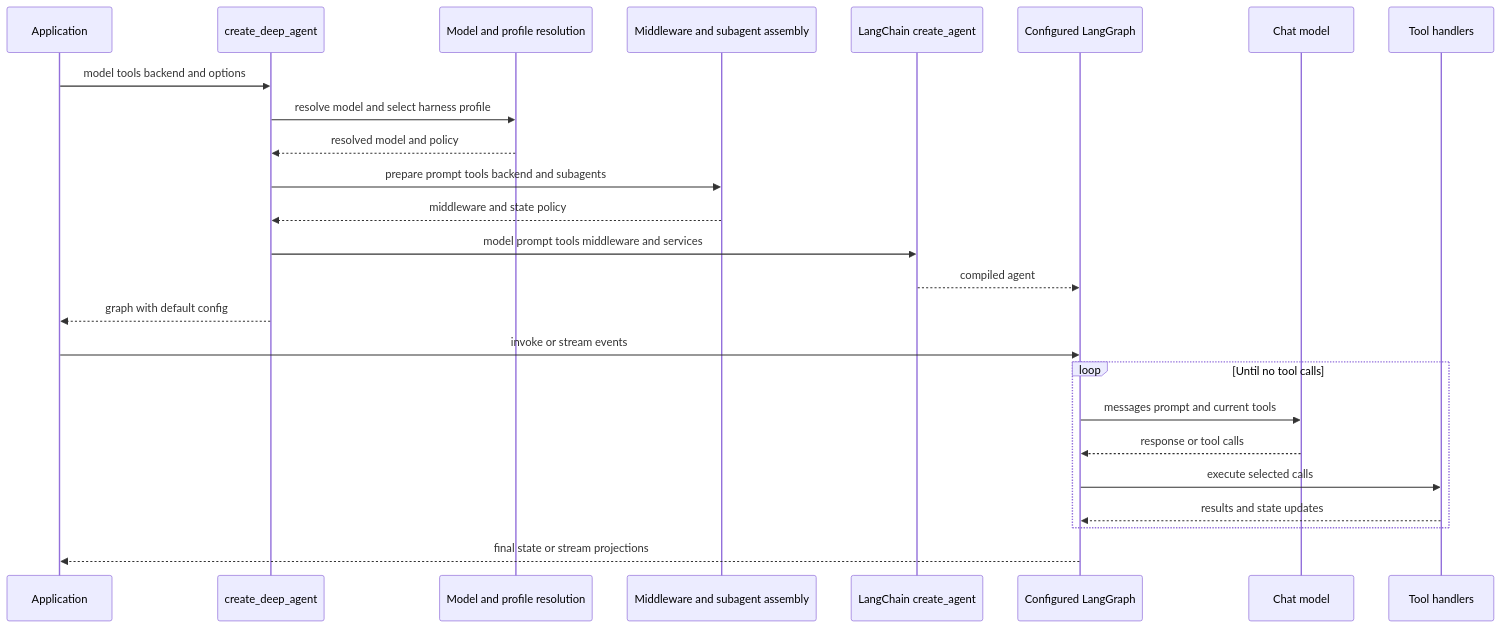
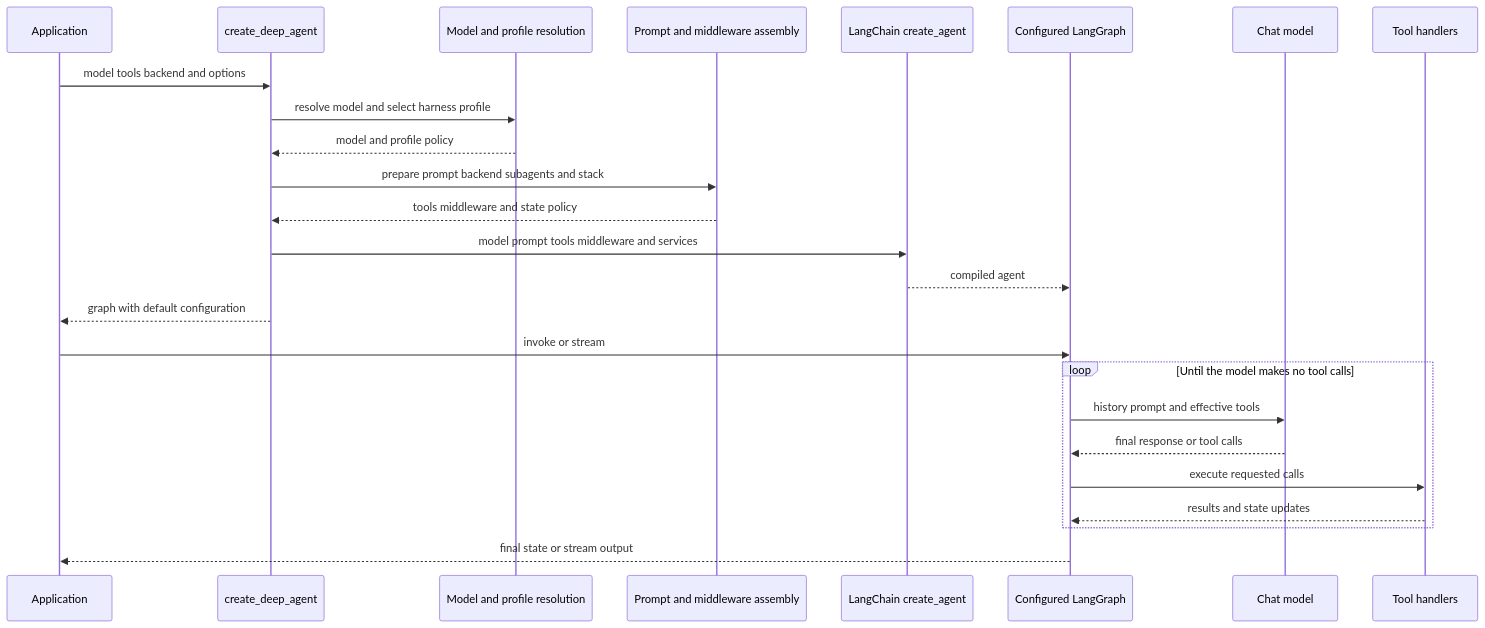
Before and after one commit to langchain-ai/deepagents: the diagram in openwiki/architecture/sdk-construction-execution.md, drawn with Mermaid. The commit also changed other lines of this file and 47 other files, not shown here.

````diff
--- a/openwiki/architecture/sdk-construction-execution.md
+++ b/openwiki/architecture/sdk-construction-execution.md
@@ -37,28 +39,28 @@
 ```mermaid
 sequenceDiagram
     participant App as Application
     participant Builder as create_deep_agent
-    participant Policy as Model and profile resolution
-    participant Stack as Middleware and subagent assembly
+    participant Resolve as Model and profile resolution
+    participant Assemble as Prompt and middleware assembly
     participant LC as LangChain create_agent
     participant Graph as Configured LangGraph
     participant Model as Chat model
     participant Tools as Tool handlers
 
     App->>Builder: model tools backend and options
-    Builder->>Policy: resolve model and select harness profile
-    Policy-->>Builder: resolved model and policy
-    Builder->>Stack: prepare prompt tools backend and subagents
-    Stack-->>Builder: middleware and state policy
+    Builder->>Resolve: resolve model and select harness profile
+    Resolve-->>Builder: model and profile policy
+    Builder->>Assemble: prepare prompt backend subagents and stack
+    Assemble-->>Builder: tools middleware and state policy
     Builder->>LC: model prompt tools middleware and services
     LC-->>Graph: compiled agent
-    Builder-->>App: graph with default config
-    App->>Graph: invoke or stream events
-    loop Until no tool calls
-        Graph->>Model: messages prompt and current tools
-        Model-->>Graph: response or tool calls
-        Graph->>Tools: execute selected calls
+    Builder-->>App: graph with default configuration
+    App->>Graph: invoke or stream
+    loop Until the model makes no tool calls
+        Graph->>Model: history prompt and effective tools
+        Model-->>Graph: final response or tool calls
+        Graph->>Tools: execute requested calls
         Tools-->>Graph: results and state updates
     end
-    Graph-->>App: final state or stream projections
+    Graph-->>App: final state or stream output
 ```
````
